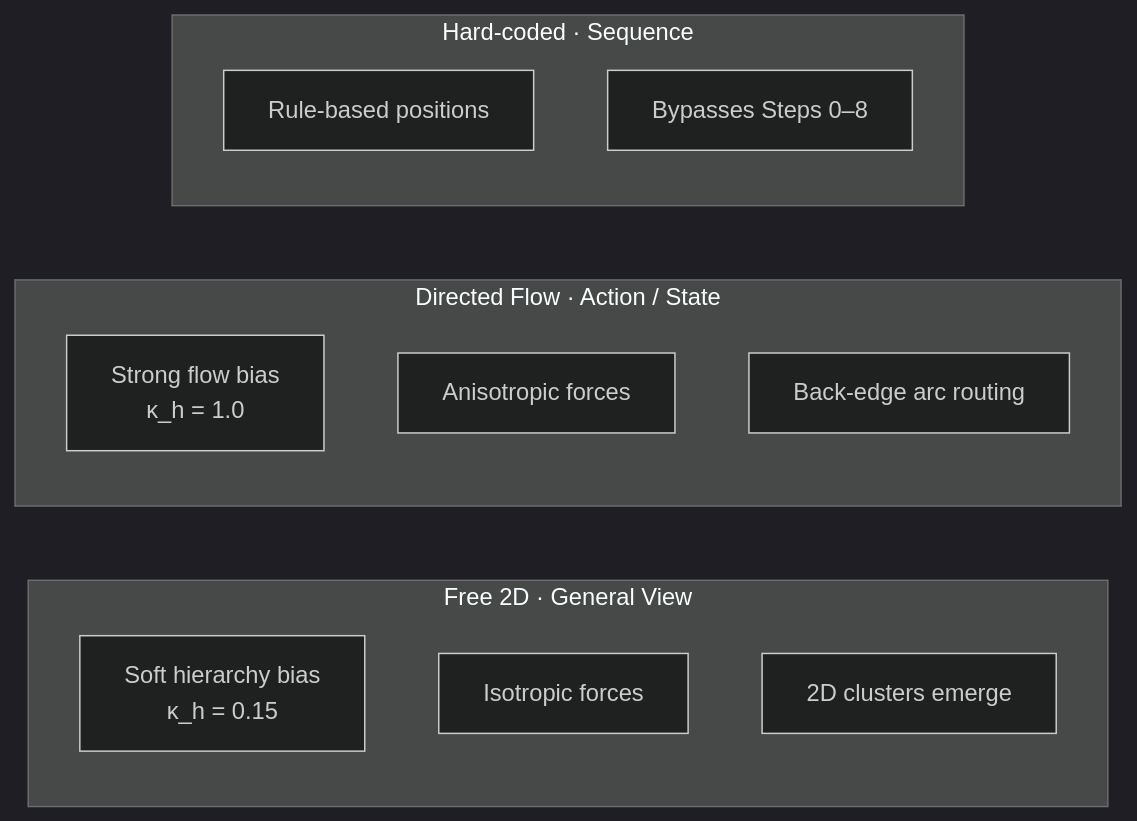
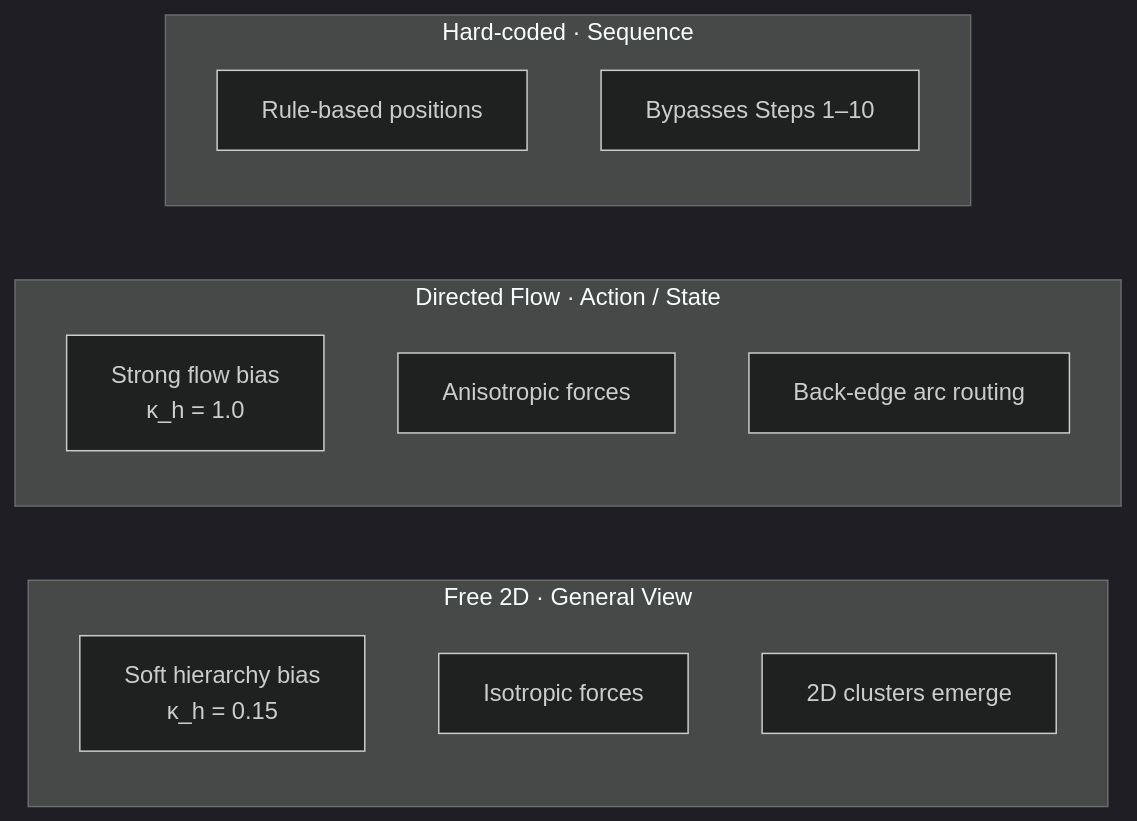
Before and after one commit to demaconsulting/SysML2Tools: the second of 2 diagrams in docs/layout/layout.md, drawn with Mermaid (dark theme). The commit also changed other lines of this file and 1 other file, not shown here.

First line of the commit message:
docs(layout): renumber steps to 1-based (Steps 1-11, replacing Step H with Step 4)

````diff
--- a/docs/layout/layout.md
+++ b/docs/layout/layout.md
@@ -119,17 +119,17 @@
 ```mermaid
 flowchart LR
     subgraph Free2D["Free 2D · General View"]
         F1["Soft hierarchy bias\nκ_h = 0.15"]
         F2["Isotropic forces"]
         F3["2D clusters emerge"]
     end
     subgraph Directed["Directed Flow · Action / State"]
         D1["Strong flow bias\nκ_h = 1.0"]
         D2["Anisotropic forces"]
         D3["Back-edge arc routing"]
     end
     subgraph Hard["Hard-coded · Sequence"]
         H1["Rule-based positions"]
-        H2["Bypasses Steps 0–8"]
+        H2["Bypasses Steps 1–10"]
     end
 ```
````
